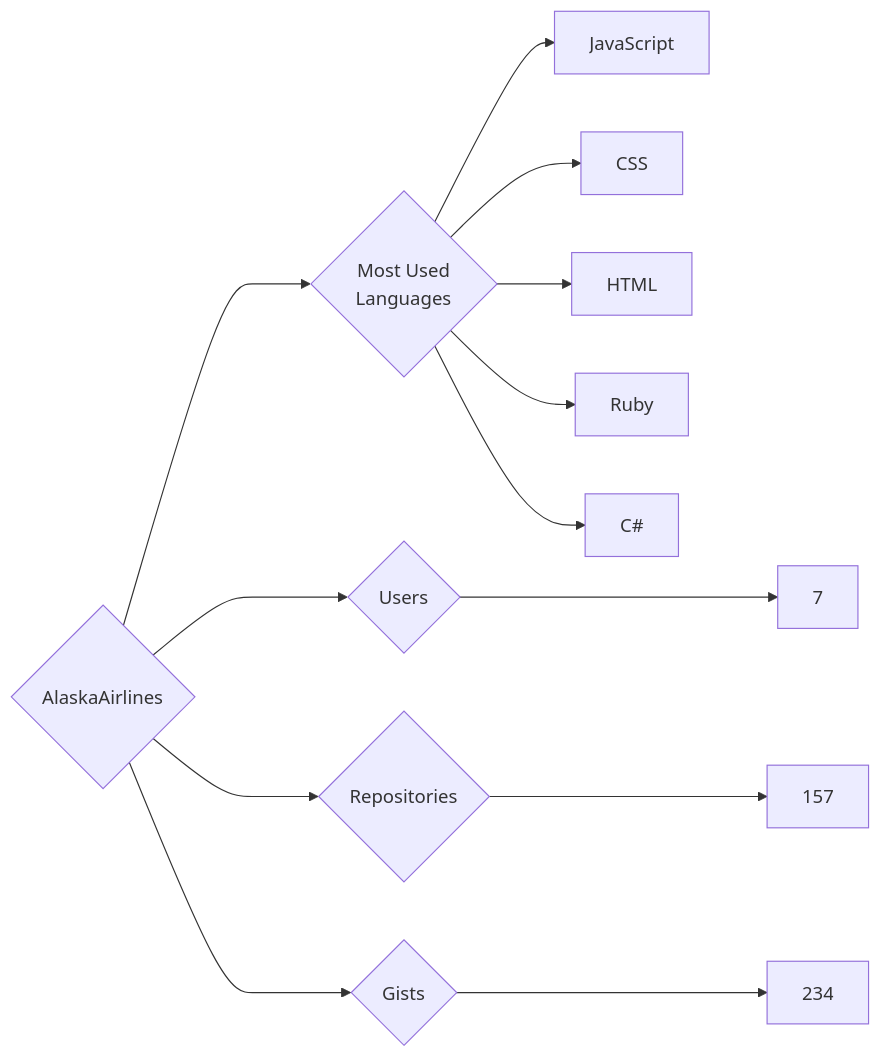
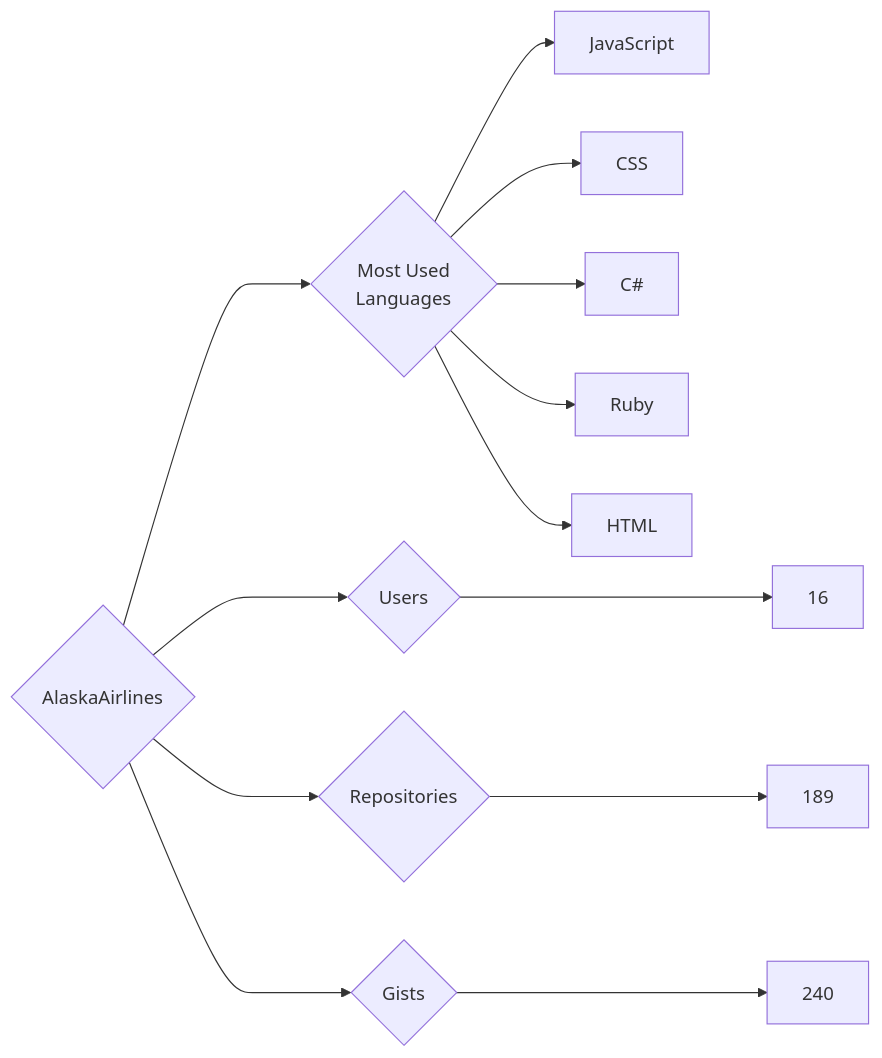
Before and after one commit to trickest/insiders: the diagram in targets/AlaskaAirlines/README.md, drawn with Mermaid. The commit also changed 1314 other files, not shown here.

````diff
--- a/targets/AlaskaAirlines/README.md
+++ b/targets/AlaskaAirlines/README.md
@@ -3,13 +3,13 @@
 ```mermaid
 graph LR
 COMPANY_NAME{AlaskaAirlines}
-COMPANY_NAME ---> U{Users} ---> UN[7]
-COMPANY_NAME ---> R{Repositories} ---> RN[157]
-COMPANY_NAME ---> G{Gists} ---> GN[234]
+COMPANY_NAME ---> U{Users} ---> UN[16]
+COMPANY_NAME ---> R{Repositories} ---> RN[189]
+COMPANY_NAME ---> G{Gists} ---> GN[240]
 COMPANY_NAME ---> ML{Most Used<br>Languages}
 ML --> JavaScript[JavaScript]
 ML --> CSS[CSS]
+ML --> C#[C#]
+ML --> Ruby[Ruby]
 ML --> HTML[HTML]
-ML --> Ruby[Ruby]
-ML --> C#[C#]
 ```
````
